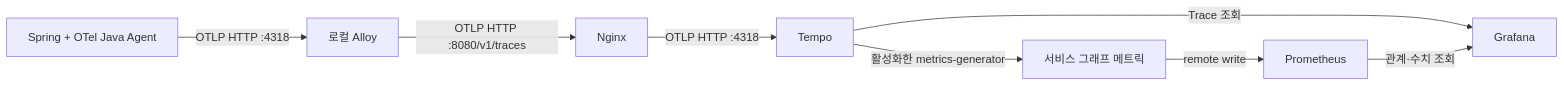
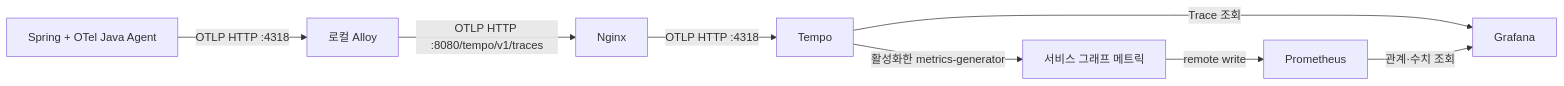
The second of 2 diagrams in infra/docs/observability/ARCHITECTURE.md (woowacourse-teams/2026-jarihana), drawn with Mermaid before and after one commit. The commit also changed other lines of this file and 12 other files, not shown here.

````diff
--- a/infra/docs/observability/ARCHITECTURE.md
+++ b/infra/docs/observability/ARCHITECTURE.md
@@ -405,10 +410,10 @@
 ```mermaid
 flowchart LR
   JAVA["Spring + OTel Java Agent"] -->|"OTLP HTTP :4318"| ALLOY["로컬 Alloy"]
-  ALLOY -->|"OTLP HTTP :8080/v1/traces"| NGINX["Nginx"]
+  ALLOY -->|"OTLP HTTP :8080/tempo/v1/traces"| NGINX["Nginx"]
   NGINX -->|"OTLP HTTP :4318"| TEMPO["Tempo"]
   TEMPO -->|"활성화한 metrics-generator"| GRAPH["서비스 그래프 메트릭"]
   GRAPH -->|"remote write"| PROM["Prometheus"]
   TEMPO -->|"Trace 조회"| GRAF["Grafana"]
   PROM -->|"관계·수치 조회"| GRAF
 ```
````
